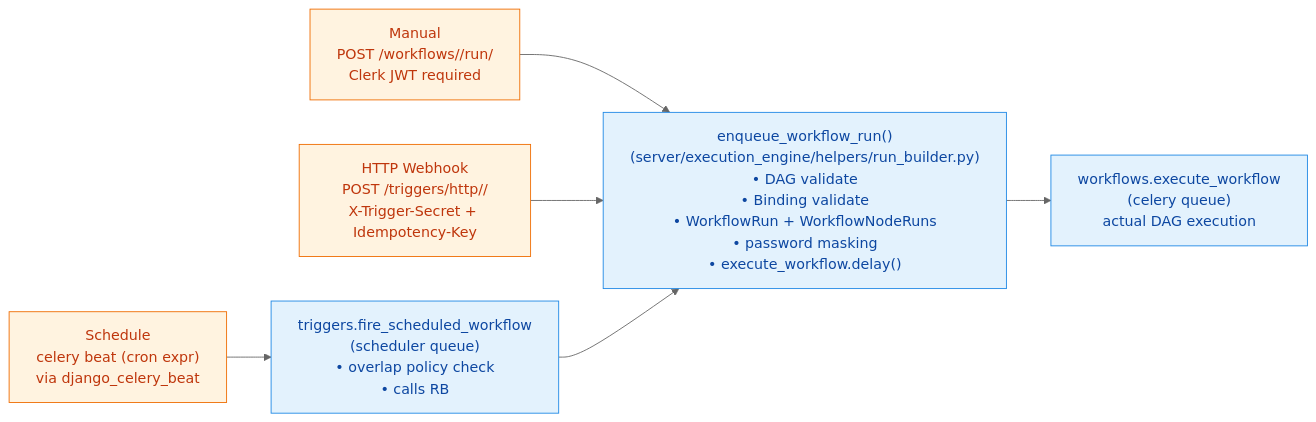
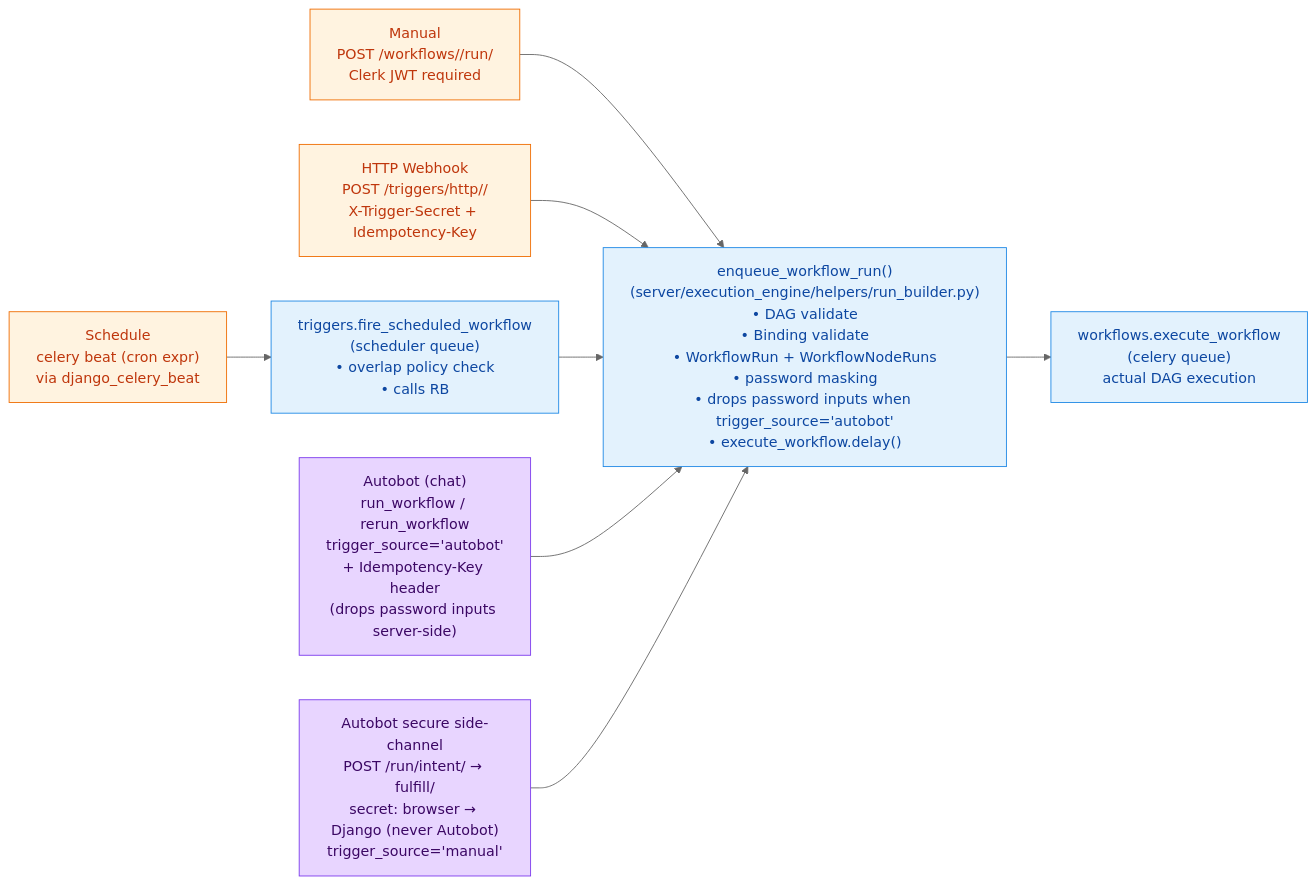
The second of 2 diagrams in architecture/architecture.md (Lagnajit09/autosage), drawn with Mermaid (neutral theme) before and after one commit. The commit also changed other lines of this file and 5 other files, not shown here.

Commit message:
feat: AGENTS, plans and architecture

````diff
--- a/architecture/architecture.md
+++ b/architecture/architecture.md
@@ -199,15 +200,20 @@
 ```mermaid
 flowchart LR
     classDef trigger fill:#fff3e0,stroke:#ef6c00,color:#bf360c
     classDef internal fill:#e3f2fd,stroke:#1e88e5,color:#0d47a1
+    classDef autobot fill:#e8d5ff,stroke:#7c3aed,color:#3b0764
 
     Manual["Manual<br/>POST /workflows/<id>/run/<br/>Clerk JWT required"]:::trigger
     HTTP["HTTP Webhook<br/>POST /triggers/http/<token>/<br/>X-Trigger-Secret + Idempotency-Key"]:::trigger
     Cron["Schedule<br/>celery beat (cron expr)<br/>via django_celery_beat"]:::trigger
+    Autobot["Autobot (chat)<br/>run_workflow / rerun_workflow<br/>trigger_source='autobot'<br/>+ Idempotency-Key header<br/>(drops password inputs server-side)"]:::autobot
+    AutobotIntent["Autobot secure side-channel<br/>POST /run/intent/ → fulfill/<br/>secret: browser → Django (never Autobot)<br/>trigger_source='manual'"]:::autobot
 
-    Manual --> RB["enqueue_workflow_run()<br/>(server/execution_engine/helpers/run_builder.py)<br/>• DAG validate<br/>• Binding validate<br/>• WorkflowRun + WorkflowNodeRuns<br/>• password masking<br/>• execute_workflow.delay()"]:::internal
+    Manual --> RB["enqueue_workflow_run()<br/>(server/execution_engine/helpers/run_builder.py)<br/>• DAG validate<br/>• Binding validate<br/>• WorkflowRun + WorkflowNodeRuns<br/>• password masking<br/>• drops password inputs when trigger_source='autobot'<br/>• execute_workflow.delay()"]:::internal
     HTTP --> RB
     Cron --> Fire["triggers.fire_scheduled_workflow<br/>(scheduler queue)<br/>• overlap policy check<br/>• calls RB"]:::internal
     Fire --> RB
+    Autobot --> RB
+    AutobotIntent --> RB
     RB --> Exec["workflows.execute_workflow<br/>(celery queue)<br/>actual DAG execution"]:::internal
 ```
````
